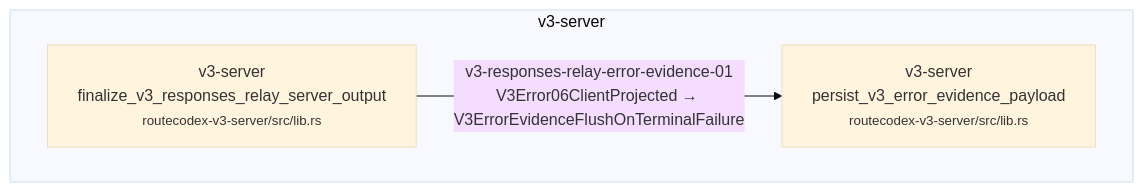
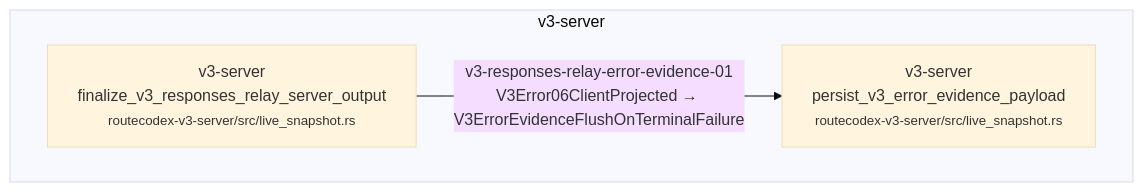
One commit to Jasonzhangf/routecodex changed diagram 38 of 58 in docs/architecture/wiki/v3-mainline-caller-flow.md. Above: the diagram before and after it, drawn with Mermaid (base theme). The commit also changed other lines of this file and 15 other files, not shown here.

````diff
--- a/docs/architecture/wiki/v3-mainline-caller-flow.md
+++ b/docs/architecture/wiki/v3-mainline-caller-flow.md
@@ -1554,8 +1554,8 @@
 ```mermaid
 flowchart TD
   subgraph c_36_v3_error_raw_wire_evidence_m_v3_server["v3-server"]
-    c_36_v3_error_raw_wire_evidence_0["v3-server<br/>finalize_v3_responses_relay_server_output<br/><small>routecodex-v3-server/src/lib.rs</small>"]
-    c_36_v3_error_raw_wire_evidence_1["v3-server<br/>persist_v3_error_evidence_payload<br/><small>routecodex-v3-server/src/lib.rs</small>"]
+    c_36_v3_error_raw_wire_evidence_0["v3-server<br/>finalize_v3_responses_relay_server_output<br/><small>routecodex-v3-server/src/live_snapshot.rs</small>"]
+    c_36_v3_error_raw_wire_evidence_1["v3-server<br/>persist_v3_error_evidence_payload<br/><small>routecodex-v3-server/src/live_snapshot.rs</small>"]
   end
   c_36_v3_error_raw_wire_evidence_0 -->|v3-responses-relay-error-evidence-01<br/>V3Error06ClientProjected → V3ErrorEvidenceFlushOnTerminalFailure| c_36_v3_error_raw_wire_evidence_1
 ```
````
